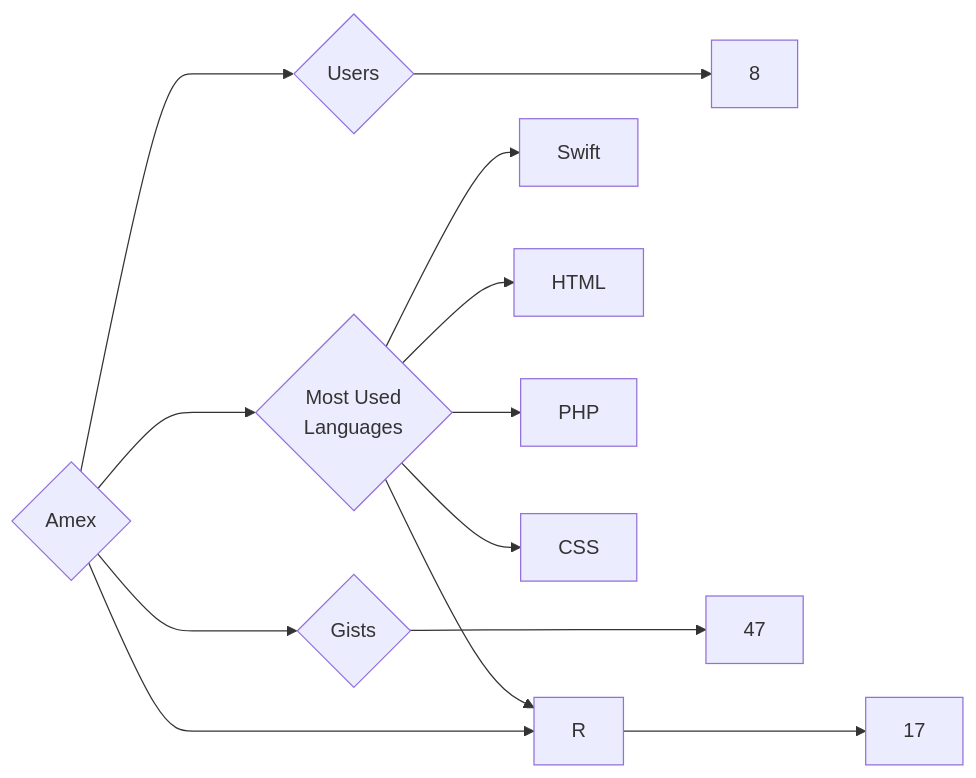
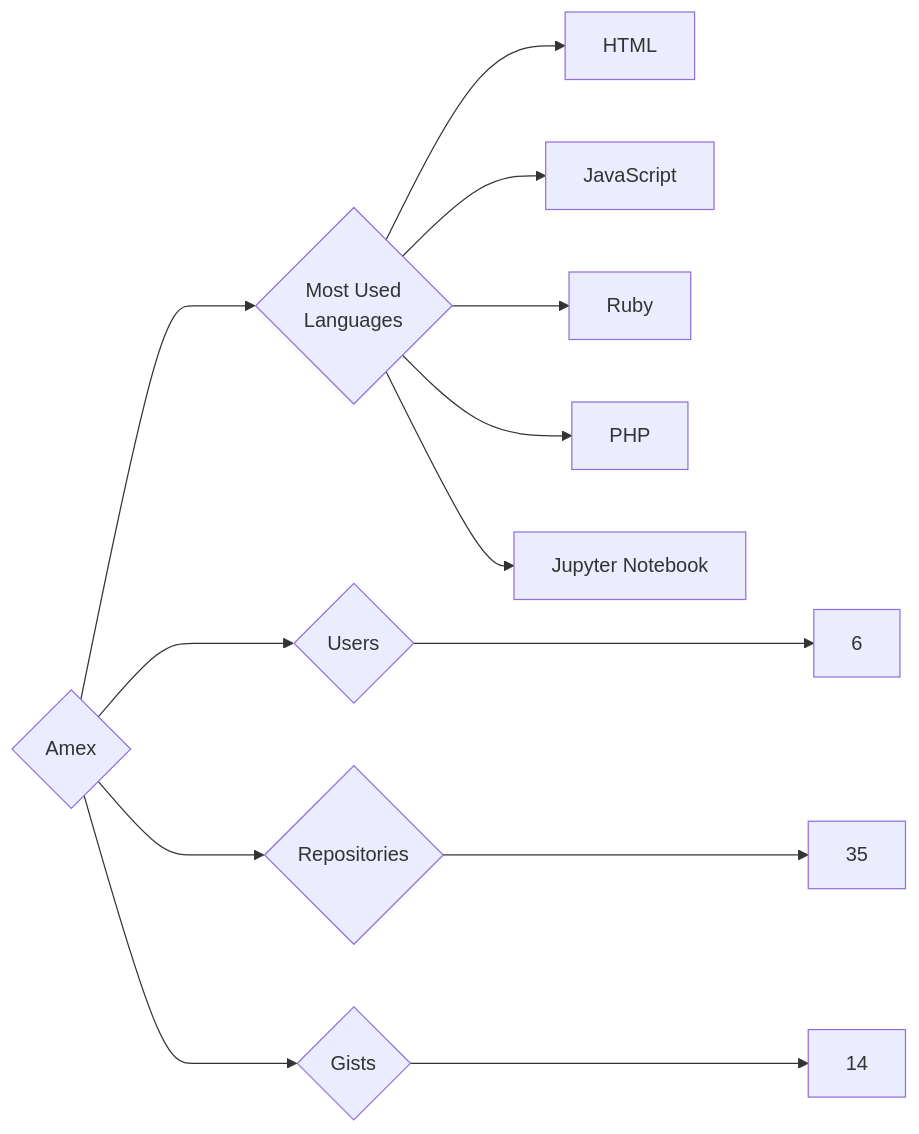
One commit to trickest/insiders changed the diagram in targets/Amex/README.md. Above: the diagram before and after it, drawn with Mermaid. The commit also changed 1170 other files, not shown here.

````diff
--- a/targets/Amex/README.md
+++ b/targets/Amex/README.md
@@ -3,13 +3,13 @@
 ```mermaid
 graph LR
 COMPANY_NAME{Amex}
-COMPANY_NAME ---> U{Users} ---> UN[8]
-COMPANY_NAME ---> R{Repositories} ---> RN[17]
-COMPANY_NAME ---> G{Gists} ---> GN[47]
+COMPANY_NAME ---> U{Users} ---> UN[6]
+COMPANY_NAME ---> R{Repositories} ---> RN[35]
+COMPANY_NAME ---> G{Gists} ---> GN[14]
 COMPANY_NAME ---> ML{Most Used<br>Languages}
-ML --> Swift[Swift]
 ML --> HTML[HTML]
-ML --> R[R]
+ML --> JavaScript[JavaScript]
+ML --> Ruby[Ruby]
 ML --> PHP[PHP]
-ML --> CSS[CSS]
+ML --> Jupyter_Notebook[Jupyter Notebook]
 ```
````
